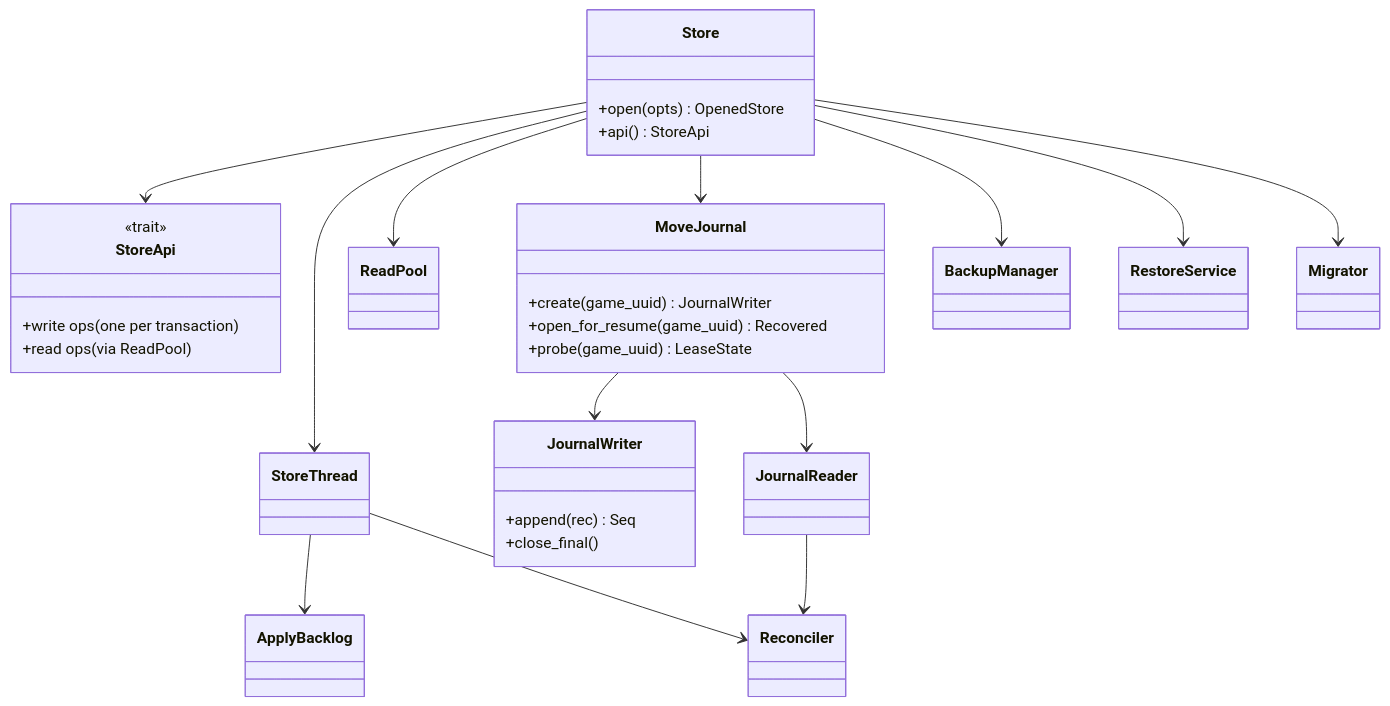
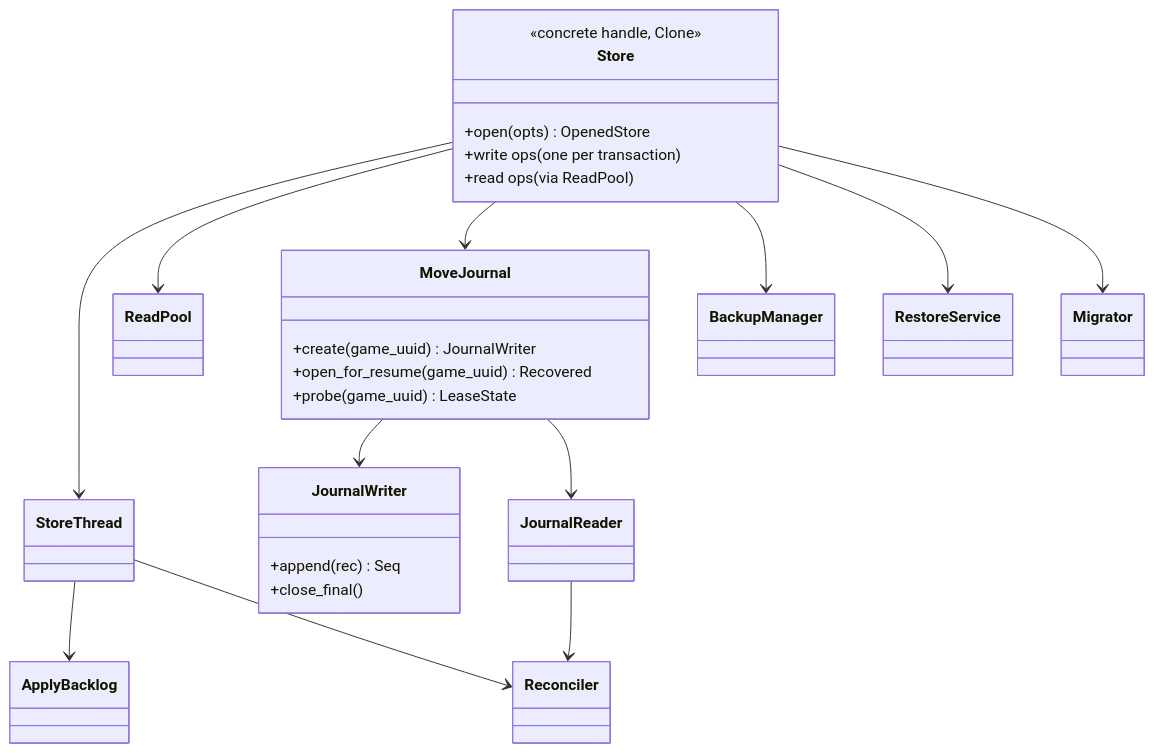
One commit to bprascher/chess changed the second of 7 diagrams in docs/design/SDD-chess-store.md. Above: the diagram before and after it, drawn with Mermaid. The commit also changed other lines of this file and 17 other files, not shown here.

First line of the commit message:
Apply architecture addendum B and C to the SDDs and add the v0.4 consistency pass

````diff
--- a/docs/design/SDD-chess-store.md
+++ b/docs/design/SDD-chess-store.md
@@ -162,41 +166,37 @@
 ```mermaid
 classDiagram
     class Store {
+      <<concrete handle, Clone>>
       +open(opts) OpenedStore
-      +api() StoreApi
-    }
-    class StoreApi {
-      <<trait>>
       +write ops (one per transaction)
       +read ops (via ReadPool)
     }
     class StoreThread
     class ReadPool
     class ApplyBacklog
     class MoveJournal {
       +create(game_uuid) JournalWriter
       +open_for_resume(game_uuid) Recovered
       +probe(game_uuid) LeaseState
     }
     class JournalWriter {
       +append(rec) Seq
       +close_final()
     }
     class JournalReader
     class Reconciler
     class BackupManager
     class RestoreService
     class Migrator
-    Store --> StoreApi
     Store --> StoreThread
     Store --> ReadPool
     StoreThread --> ApplyBacklog
     Store --> MoveJournal
     MoveJournal --> JournalWriter
     MoveJournal --> JournalReader
     JournalReader --> Reconciler
     StoreThread --> Reconciler
     Store --> BackupManager
     Store --> RestoreService
     Store --> Migrator
 ```
````
